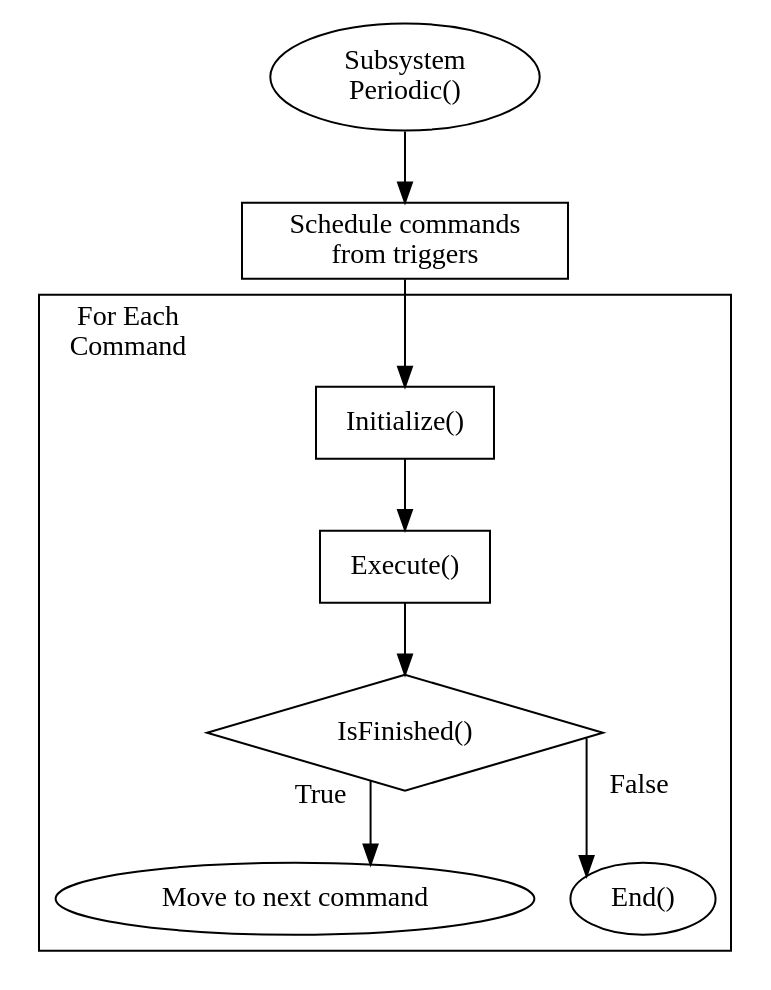
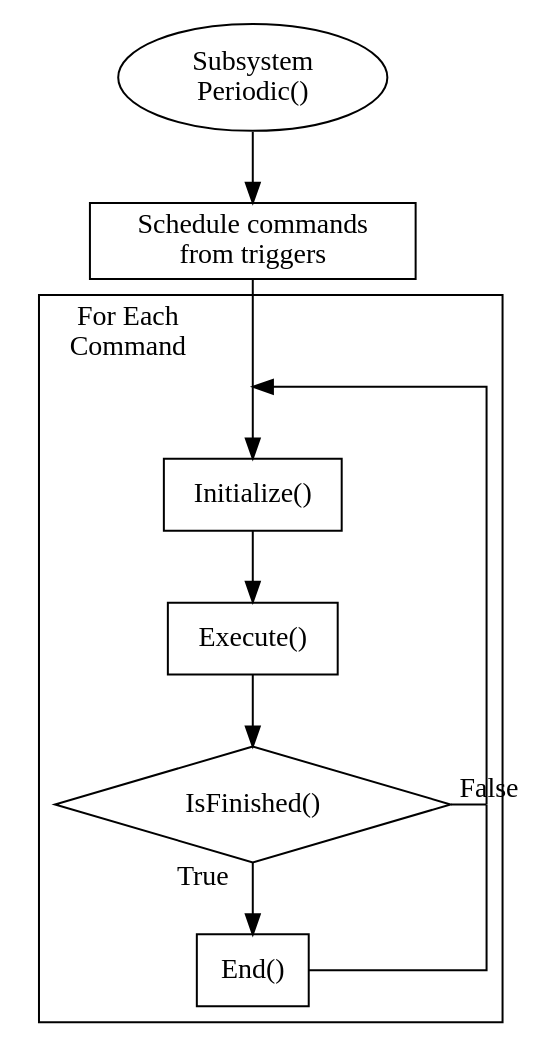
One commit to wpilibsuite/frc-docs changed the second of 2 diagrams in source/docs/software/commandbased/command-scheduler.rst. Above: the diagram before and after it, drawn with Graphviz.

Commit message:
Make the FOREACH loop return to the beginning

```diff
--- a/source/docs/software/commandbased/command-scheduler.rst
+++ b/source/docs/software/commandbased/command-scheduler.rst
@@ -69,39 +69,45 @@
 .. graphviz::
     :alt: Scheduler Control Flow Diagram
 
     digraph control_flow {
         splines=ortho
         bgcolor="#FFFFFF00"
 
         // Processes
         node [shape=box]
             Initialize [label="Initialize()"]
             Execute [label="Execute()"]
             Triggers [label="Schedule commands\nfrom triggers"]
+            End [label="End()"]
 
         // Terminals
         node [shape=oval]
             Start [label="Subsystem\nPeriodic()"]
-            EndYes [label="Move to next command"]
-            EndNo [label="End()"]
 
         // Decisions
         node [shape=diamond, margin=0.1]
             Finished [label="IsFinished()"]
 
+        // Line Extenders
+        node [shape=point, width=0, style=invis]
+            1, 2
+
         Start -> Triggers
-        Triggers -> Initialize
+        Triggers -> 1 [dir=none]
+        1 -> Initialize
 
         // Decisions
         node [shape=diamond, margin=0.1]
             Finished [label="IsFinished()"]
 
         subgraph cluster_for_each_command {
             label="For Each\nCommand"
             labeljust="left"
             Initialize -> Execute -> Finished
-
-            Finished -> EndYes [taillabel="True  "]
-            Finished -> EndNo  [taillabel="\n  False  "]
+            1 -> 2 [constraint=false, dir=back]
+            {rank=same; Finished, 2}
+            Finished -> 2 [taillabel="False", dir=none]
+            Finished -> End  [taillabel="True  "]
+            End -> 2 [constraint=false, dir=none]
         }
     }
```
